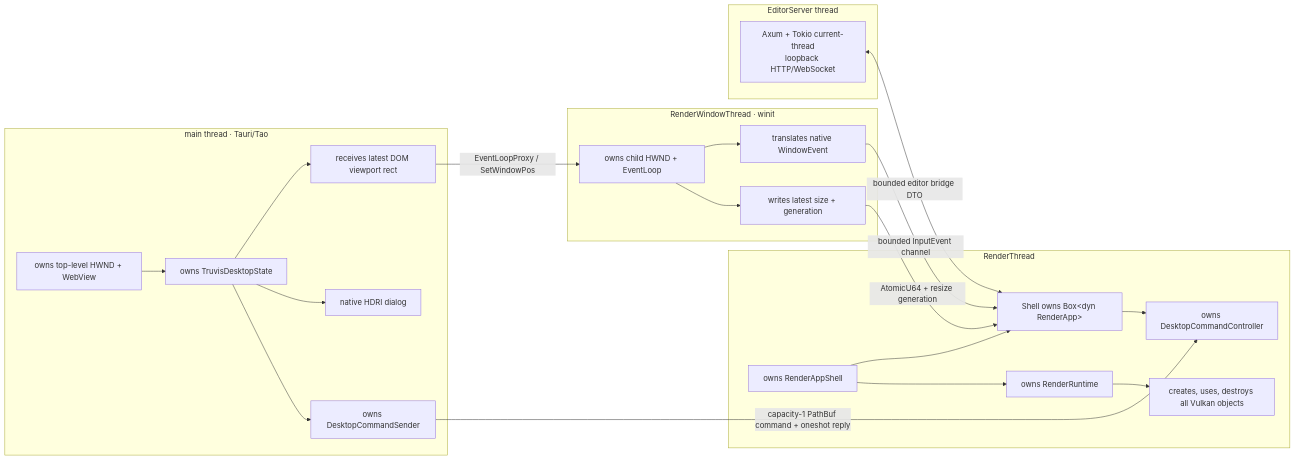
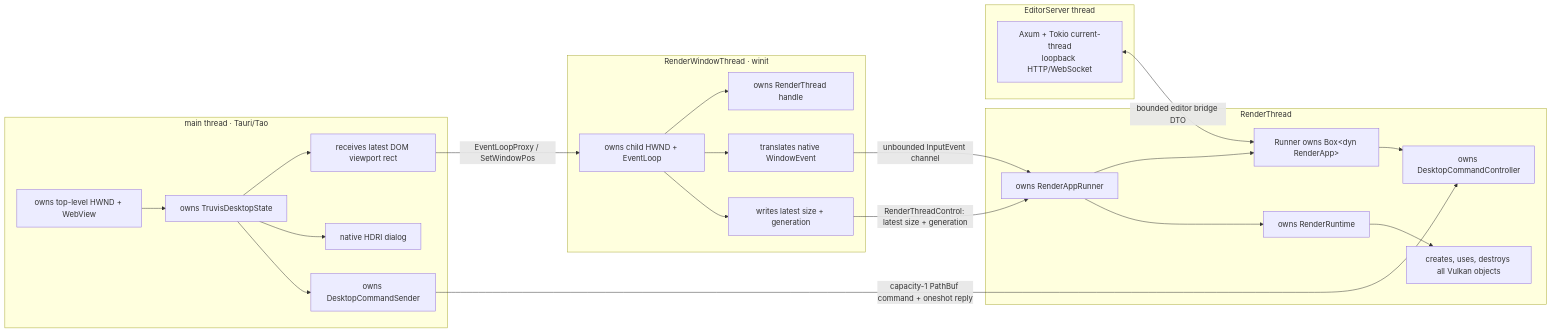
Before and after one commit to acccoco/TruvisRenderer: the diagram in docs/summaries/threading-and-resource-lifecycle.md, drawn with Mermaid. The commit also changed other lines of this file and 35 other files, not shown here.

````diff
--- a/docs/summaries/threading-and-resource-lifecycle.md
+++ b/docs/summaries/threading-and-resource-lifecycle.md
@@ -10,44 +10,46 @@
 ```mermaid
 flowchart LR
     subgraph MainThread["main thread · Tauri/Tao"]
         Parent["owns top-level HWND + WebView"]
         Desktop["owns TruvisDesktopState"]
         DomRect["receives latest DOM viewport rect"]
         Dialog["native HDRI dialog"]
         Sender["owns DesktopCommandSender"]
         Parent --> Desktop
         Desktop --> DomRect
         Desktop --> Dialog
         Desktop --> Sender
     end
 
     subgraph WindowThread["RenderWindowThread · winit"]
         Child["owns child HWND + EventLoop"]
+        ThreadHandle["owns RenderThread handle"]
         Input["translates native WindowEvent"]
         Size["writes latest size + generation"]
+        Child --> ThreadHandle
         Child --> Input
         Child --> Size
     end
 
     subgraph RenderThread["RenderThread"]
-        Shell["owns RenderAppShell"]
-        RenderApp["Shell owns Box&lt;dyn RenderApp&gt;"]
+        Runner["owns RenderAppRunner"]
+        RenderApp["Runner owns Box&lt;dyn RenderApp&gt;"]
         DesktopCommand["owns DesktopCommandController"]
         Runtime["owns RenderRuntime"]
         Vulkan["creates, uses, destroys all Vulkan objects"]
-        Shell --> RenderApp
-        Shell --> Runtime
+        Runner --> RenderApp
+        Runner --> Runtime
         RenderApp --> DesktopCommand
         Runtime --> Vulkan
     end
 
     subgraph ServerThread["EditorServer thread"]
         Server["Axum + Tokio current-thread<br/>loopback HTTP/WebSocket"]
     end
 
     DomRect -- "EventLoopProxy / SetWindowPos" --> Child
     Sender -- "capacity-1 PathBuf command + oneshot reply" --> DesktopCommand
-    Input -- "bounded InputEvent channel" --> RenderApp
-    Size -- "AtomicU64 + resize generation" --> RenderApp
+    Input -- "unbounded InputEvent channel" --> Runner
+    Size -- "RenderThreadControl: latest size + generation" --> Runner
     Server <-- "bounded editor bridge DTO" --> RenderApp
 ```
````
